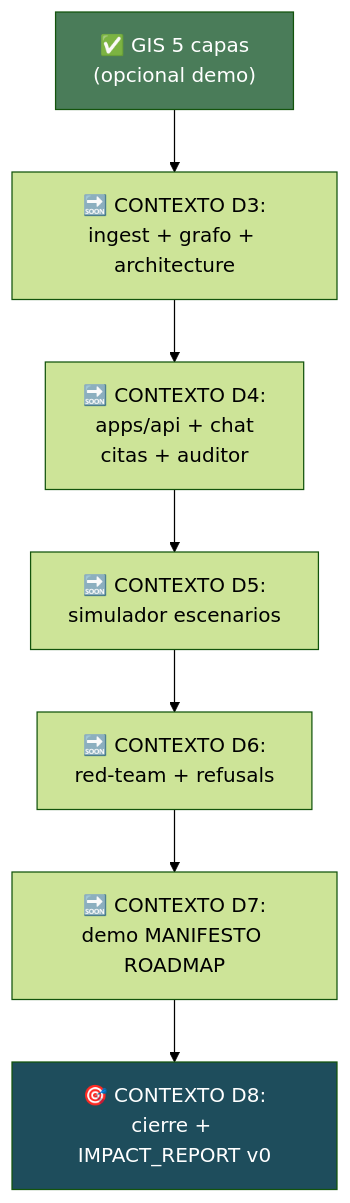
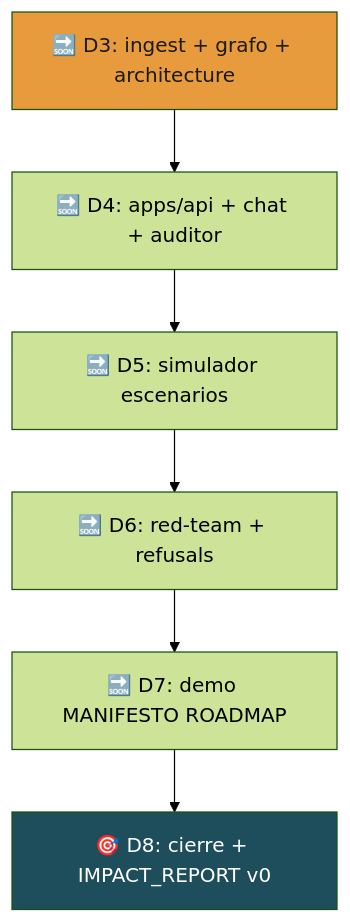
Before and after one commit to ariutokintumi/IAldea-org: the tenth of 10 diagrams in docs/planning/plan_producto_unificado.md, drawn with Mermaid (forest theme). The commit also changed other lines of this file and 11 other files, not shown here.

````diff
--- a/docs/planning/plan_producto_unificado.md
+++ b/docs/planning/plan_producto_unificado.md
@@ -729,12 +683,11 @@
 ```mermaid
 graph TD
-    A["✅ GIS 5 capas<br/>(opcional demo)"] --> B["🔜 CONTEXTO D3:<br/>ingest + grafo + architecture"]
-    B --> C["🔜 CONTEXTO D4:<br/>apps/api + chat<br/>citas + auditor"]
-    C --> D["🔜 CONTEXTO D5:<br/>simulador escenarios"]
-    D --> E["🔜 CONTEXTO D6:<br/>red-team + refusals"]
-    E --> F["🔜 CONTEXTO D7:<br/>demo MANIFESTO ROADMAP"]
-    F --> G["🎯 CONTEXTO D8:<br/>cierre + IMPACT_REPORT v0"]
+    B["🔜 D3: ingest + grafo + architecture"] --> C["🔜 D4: apps/api + chat + auditor"]
+    C --> D["🔜 D5: simulador escenarios"]
+    D --> E["🔜 D6: red-team + refusals"]
+    E --> F["🔜 D7: demo MANIFESTO ROADMAP"]
+    F --> G["🎯 D8: cierre + IMPACT_REPORT v0"]
 
-    style A fill:#4A7C59,color:#fff
+    style B fill:#E89B3C,color:#1B1A17
     style G fill:#1E4D5C,color:#fff
 ```
````
